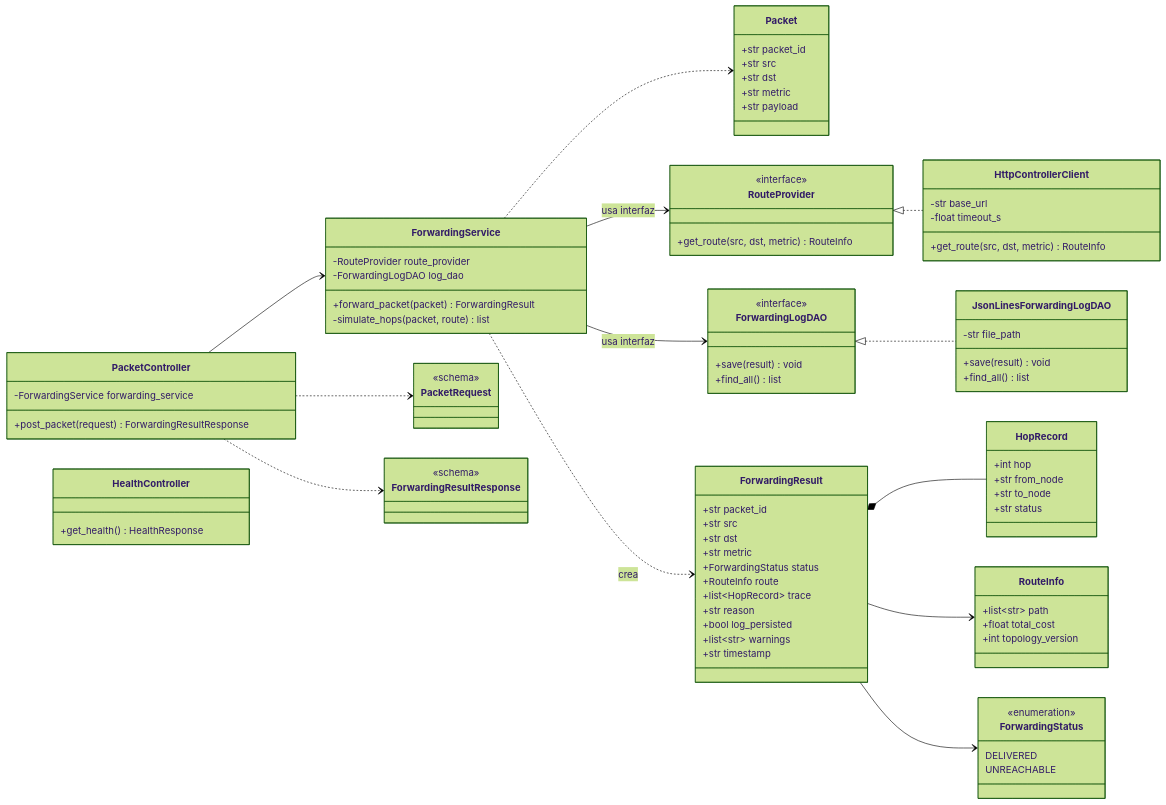
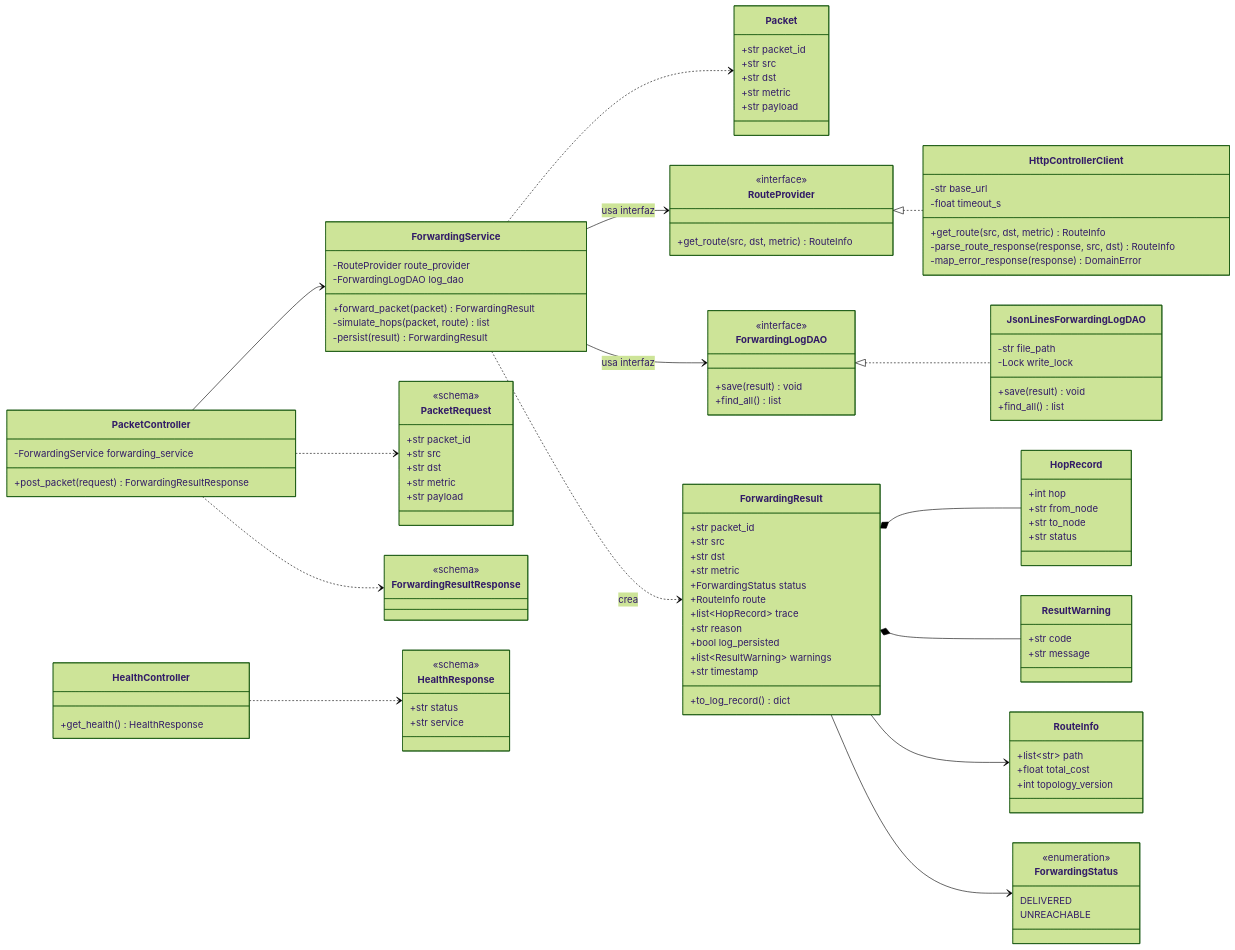
The third of 4 diagrams in Informatica3/Informatica3/02-static-architecture.md (davidkordonez-sketch/informatica-t), drawn with Mermaid (forest theme) before and after one commit. The commit also changed other lines of this file and 5 other files, not shown here.

````diff
--- a/Informatica3/Informatica3/02-static-architecture.md
+++ b/Informatica3/Informatica3/02-static-architecture.md
@@ -238,8 +286,12 @@
         DELIVERED
         UNREACHABLE
     }
-   %% src, dst y metric se agregan porque el JSON de 04 y el log los incluyen
-    %% (necesarios también cuando route es null, es decir en UNREACHABLE)
+    class ResultWarning {
+        +str code
+        +str message
+    }
+    %% src, dst y metric se incluyen porque el JSON de 04 y el log los necesitan
+    %% (también cuando route es null, es decir en UNREACHABLE)
     class ForwardingResult {
         +str packet_id
         +str src
@@ -250,8 +302,9 @@
         +list~HopRecord~ trace
         +str reason
         +bool log_persisted
-        +list~str~ warnings
+        +list~ResultWarning~ warnings
         +str timestamp
+        +to_log_record() dict
     }
 
     class RouteProvider {
@@ -262,6 +315,8 @@
         -str base_url
         -float timeout_s
         +get_route(src, dst, metric) RouteInfo
+        -parse_route_response(response, src, dst) RouteInfo
+        -map_error_response(response) DomainError
     }
     class ForwardingLogDAO {
         <<interface>>
@@ -270,6 +325,7 @@
     }
     class JsonLinesForwardingLogDAO {
         -str file_path
+        -Lock write_lock
         +save(result) void
         +find_all() list
     }
@@ -278,6 +334,7 @@
         -ForwardingLogDAO log_dao
         +forward_packet(packet) ForwardingResult
         -simulate_hops(packet, route) list
+        -persist(result) ForwardingResult
     }
     class PacketController {
         -ForwardingService forwarding_service
@@ -288,9 +345,19 @@
     }
     class PacketRequest {
         <<schema>>
+        +str packet_id
+        +str src
+        +str dst
+        +str metric
+        +str payload
     }
     class ForwardingResultResponse {
         <<schema>>
+    }
+    class HealthResponse {
+        <<schema>>
+        +str status
+        +str service
     }
 
     RouteProvider <|.. HttpControllerClient
@@ -300,10 +367,11 @@
     ForwardingService ..> Packet
     ForwardingService ..> ForwardingResult : crea
     ForwardingResult *-- HopRecord
+    ForwardingResult *-- ResultWarning
     ForwardingResult --> RouteInfo
     ForwardingResult --> ForwardingStatus
     PacketController --> ForwardingService
     PacketController ..> PacketRequest
     PacketController ..> ForwardingResultResponse
-
+    HealthController ..> HealthResponse
 ```
````
